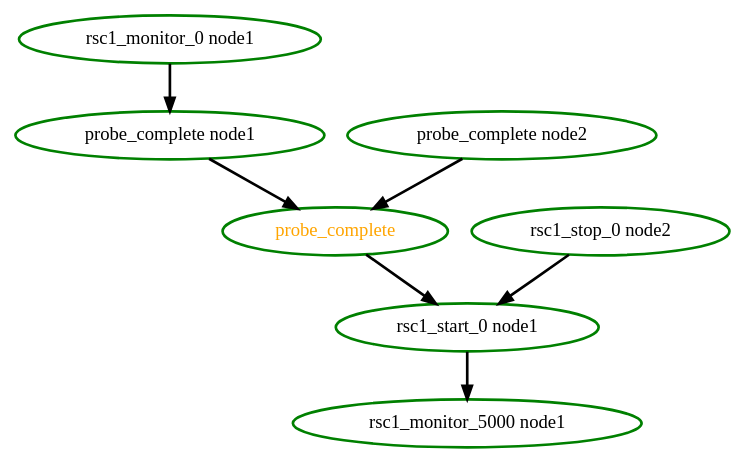
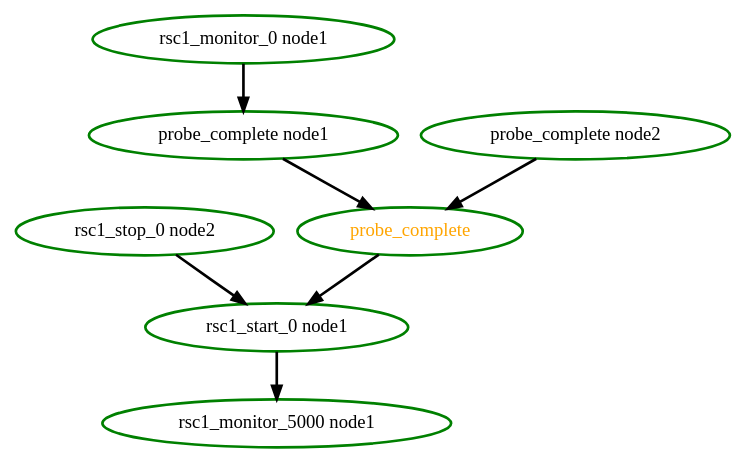
One commit to richiewen8/heartbeat changed the diagram in crm/pengine/testcases/mon-rsc-4.dot. Above: the diagram before and after it, drawn with Graphviz. The commit also changed other lines of this file and 24 other files, not shown here.

```diff
--- a/crm/pengine/testcases/mon-rsc-4.dot
+++ b/crm/pengine/testcases/mon-rsc-4.dot
@@ -1,16 +1,16 @@
 digraph "g" {
 	size = "30,30"
-"rsc1_start_0 node1" [ style=bold color="green" fontcolor="black" ]
 "probe_complete" [ style=bold color="green" fontcolor="orange" ]
 "probe_complete node1" [ style=bold color="green" fontcolor="black" ]
 "rsc1_monitor_0 node1" [ style=bold color="green" fontcolor="black" ]
 "probe_complete node2" [ style=bold color="green" fontcolor="black" ]
 "rsc1_stop_0 node2" [ style=bold color="green" fontcolor="black" ]
+"rsc1_start_0 node1" [ style=bold color="green" fontcolor="black" ]
 "rsc1_monitor_5000 node1" [ style=bold color="green" fontcolor="black" ]
-"probe_complete" -> "rsc1_start_0 node1" [ style = bold]
-"rsc1_stop_0 node2" -> "rsc1_start_0 node1" [ style = bold]
 "probe_complete node1" -> "probe_complete" [ style = bold]
 "probe_complete node2" -> "probe_complete" [ style = bold]
 "rsc1_monitor_0 node1" -> "probe_complete node1" [ style = bold]
+"probe_complete" -> "rsc1_start_0 node1" [ style = bold]
+"rsc1_stop_0 node2" -> "rsc1_start_0 node1" [ style = bold]
 "rsc1_start_0 node1" -> "rsc1_monitor_5000 node1" [ style = bold]
 }
```
